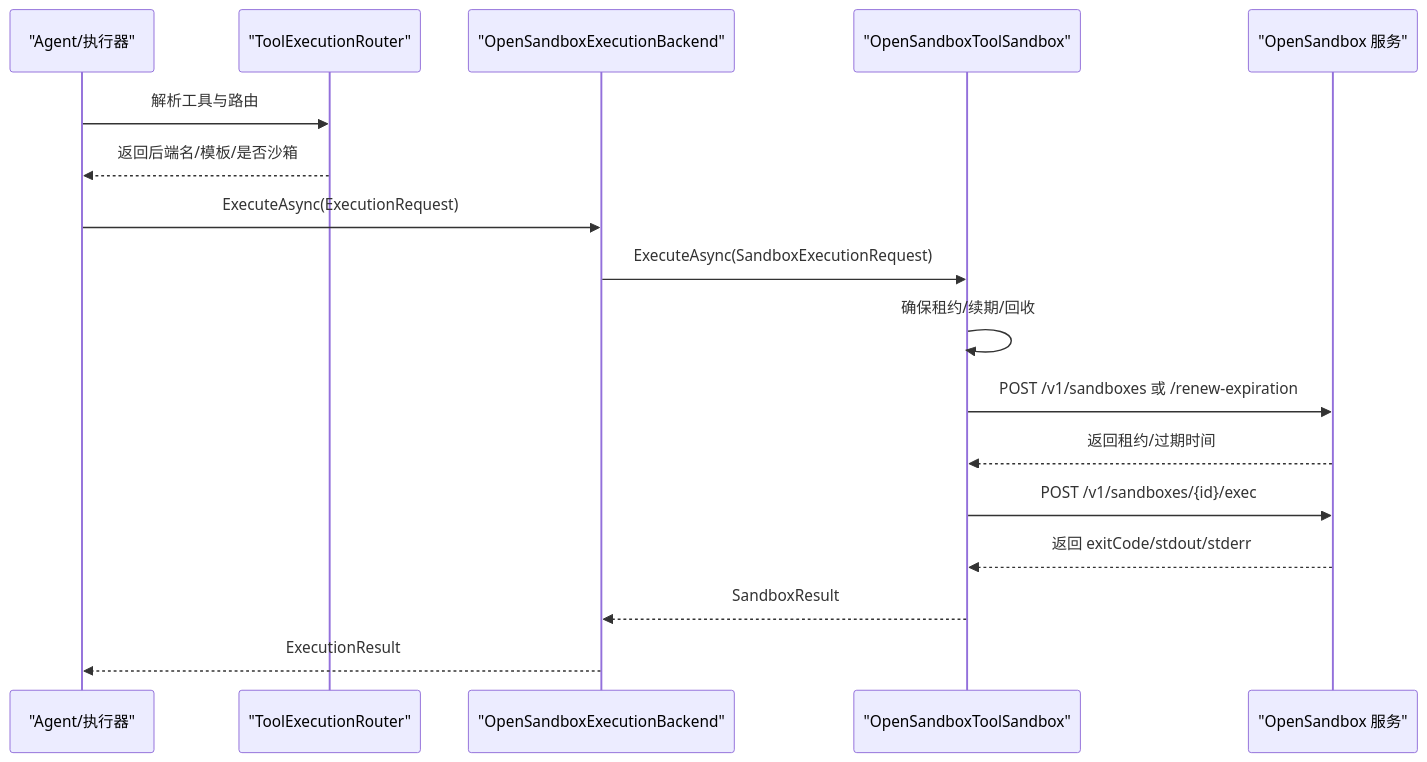
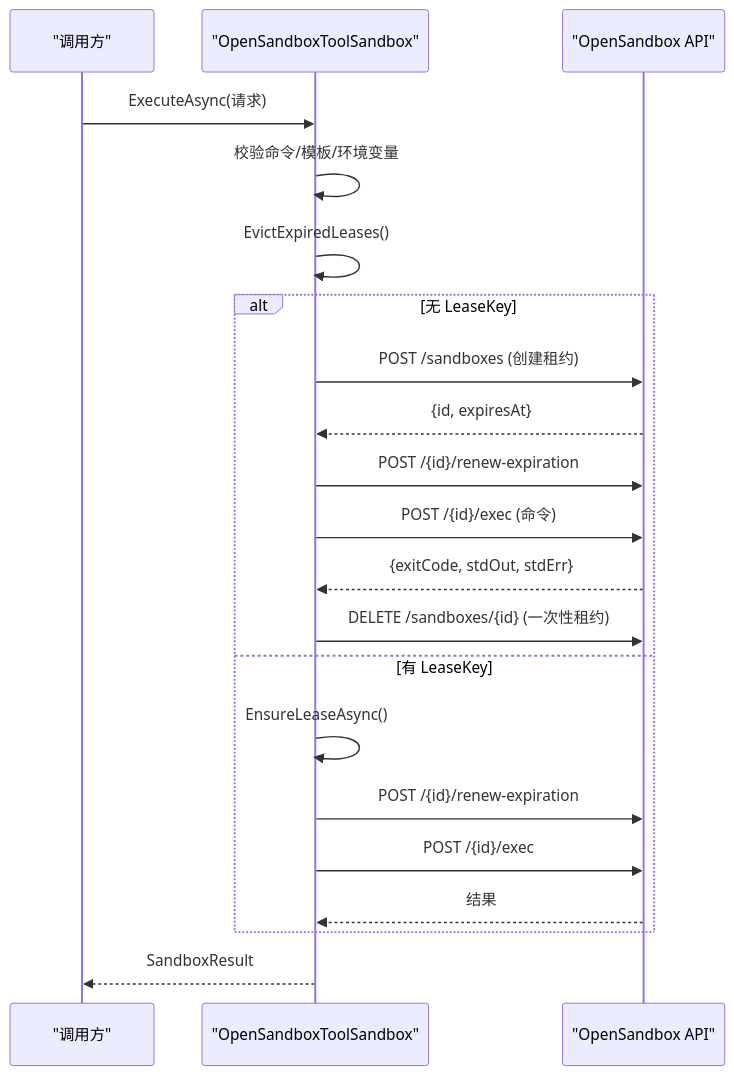
The second of 6 diagrams in .qoder/repowiki/zh/content/工具系统/工具沙箱机制.md (wayyet/kingcrab), drawn with Mermaid before and after one commit. The commit also changed other lines of this file and 431 other files, not shown here.

````diff
--- a/.qoder/repowiki/zh/content/工具系统/工具沙箱机制.md
+++ b/.qoder/repowiki/zh/content/工具系统/工具沙箱机制.md
@@ -121,19 +127,23 @@
 ```mermaid
 sequenceDiagram
-participant Agent as "Agent/执行器"
-participant Router as "ToolExecutionRouter"
-participant Backend as "OpenSandboxExecutionBackend"
+participant Caller as "调用方"
 participant Sandbox as "OpenSandboxToolSandbox"
-participant API as "OpenSandbox 服务"
-Agent->>Router : 解析工具与路由
-Router-->>Agent : 返回后端名/模板/是否沙箱
-Agent->>Backend : ExecuteAsync(ExecutionRequest)
-Backend->>Sandbox : ExecuteAsync(SandboxExecutionRequest)
-Sandbox->>Sandbox : 确保租约/续期/回收
-Sandbox->>API : POST /v1/sandboxes 或 /renew-expiration
-API-->>Sandbox : 返回租约/过期时间
-Sandbox->>API : POST /v1/sandboxes/{id}/exec
-API-->>Sandbox : 返回 exitCode/stdout/stderr
-Sandbox-->>Backend : SandboxResult
-Backend-->>Agent : ExecutionResult
+participant API as "OpenSandbox API"
+Caller->>Sandbox : ExecuteAsync(请求)
+Sandbox->>Sandbox : 校验命令/模板/环境变量
+Sandbox->>Sandbox : EvictExpiredLeases()
+alt 无 LeaseKey
+Sandbox->>API : POST /sandboxes (创建租约)
+API-->>Sandbox : {id, expiresAt}
+Sandbox->>API : POST /{id}/renew-expiration
+Sandbox->>API : POST /{id}/exec (命令)
+API-->>Sandbox : {exitCode, stdOut, stdErr}
+Sandbox->>API : DELETE /sandboxes/{id} (一次性租约)
+else 有 LeaseKey
+Sandbox->>Sandbox : EnsureLeaseAsync()
+Sandbox->>API : POST /{id}/renew-expiration
+Sandbox->>API : POST /{id}/exec
+API-->>Sandbox : 结果
+end
+Sandbox-->>Caller : SandboxResult
 ```
````
